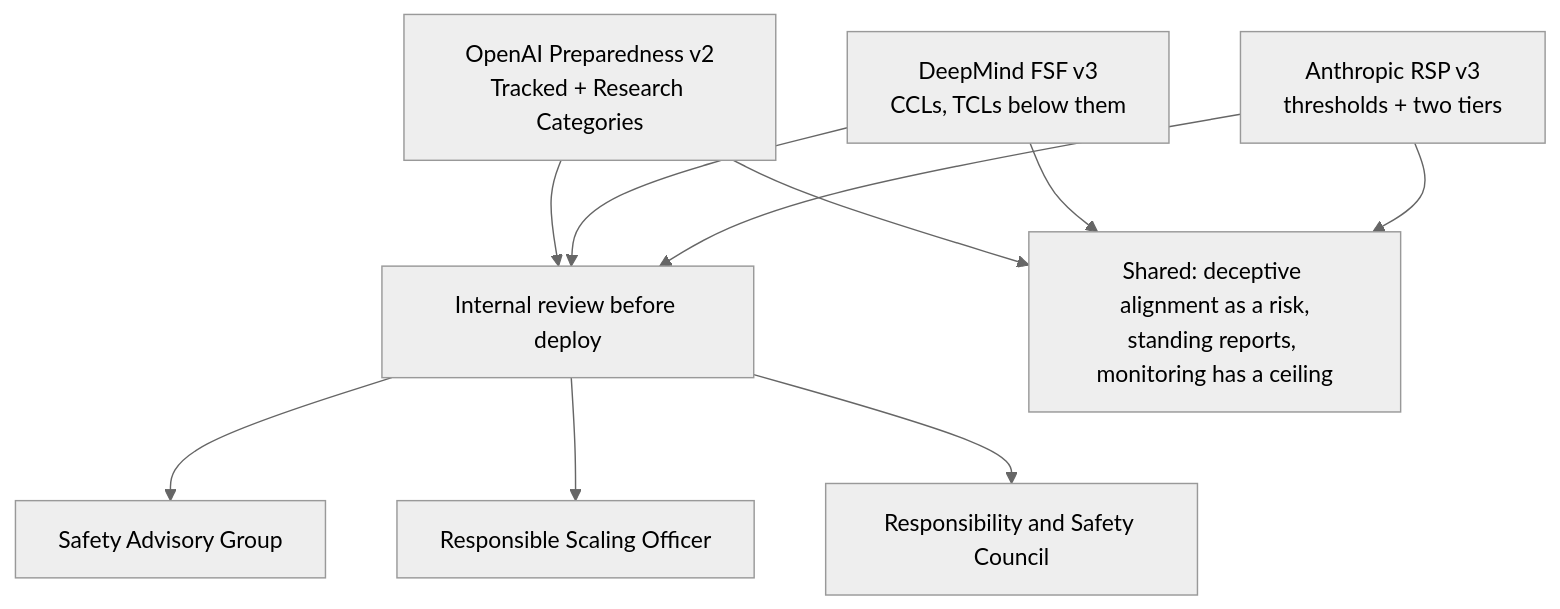
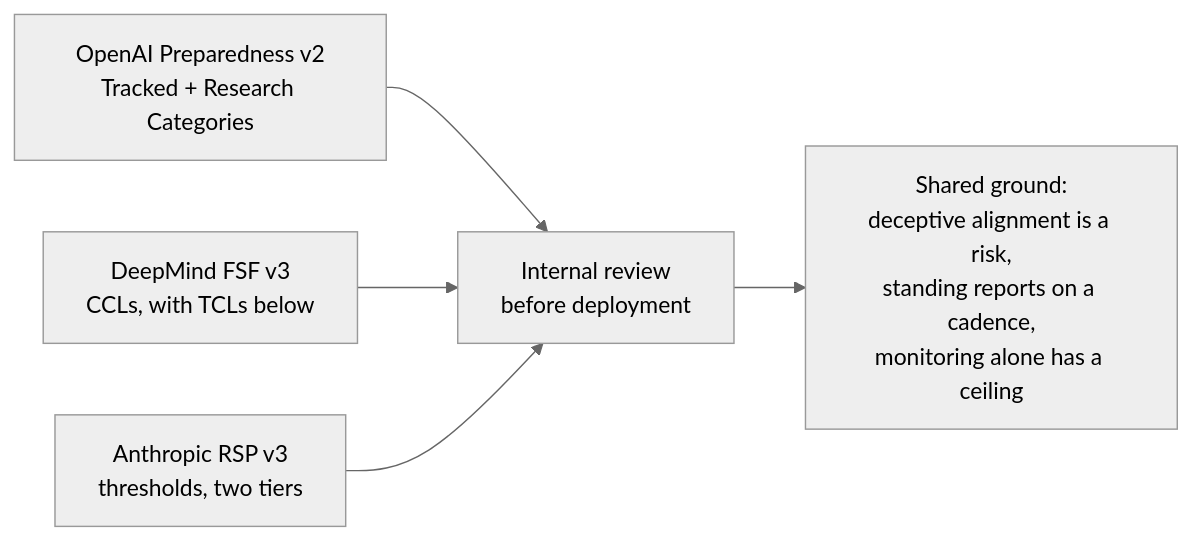
Before and after one commit to Abhi4972/AI-From-Zero-to-Hero: the diagram in data/diagrams/a1520.mmd, drawn with Mermaid (neutral theme). The commit also changed 88 other files, not shown here.

First line of the commit message:
Phase 14: step-through diagrams for 30 lessons; tidy wide Phase 15-16 diagrams

```diff
--- a/data/diagrams/a1520.mmd
+++ b/data/diagrams/a1520.mmd
@@ -1,10 +1,5 @@
-flowchart TD
-  O["OpenAI Preparedness v2<br/>Tracked + Research Categories"] --> R["Internal review before deploy"]
-  G["DeepMind FSF v3<br/>CCLs, TCLs below them"] --> R
-  A["Anthropic RSP v3<br/>thresholds + two tiers"] --> R
-  R --> S1["Safety Advisory Group"]
-  R --> S2["Responsible Scaling Officer"]
-  R --> S3["Responsibility and Safety Council"]
-  O --> C["Shared: deceptive alignment as a risk,<br/>standing reports, monitoring has a ceiling"]
-  G --> C
-  A --> C
+flowchart LR
+  O["OpenAI Preparedness v2<br/>Tracked + Research Categories"] --> R["Internal review<br/>before deployment"]
+  G["DeepMind FSF v3<br/>CCLs, with TCLs below"] --> R
+  A["Anthropic RSP v3<br/>thresholds, two tiers"] --> R
+  R --> C["Shared ground:<br/>deceptive alignment is a risk,<br/>standing reports on a cadence,<br/>monitoring alone has a ceiling"]
```
